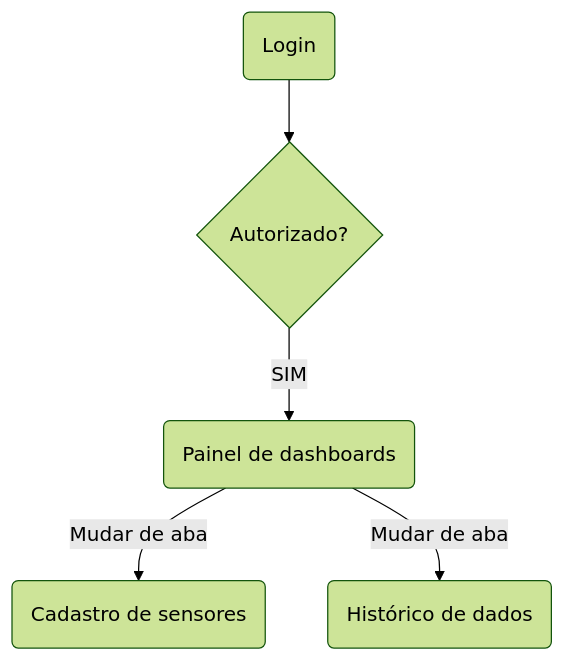
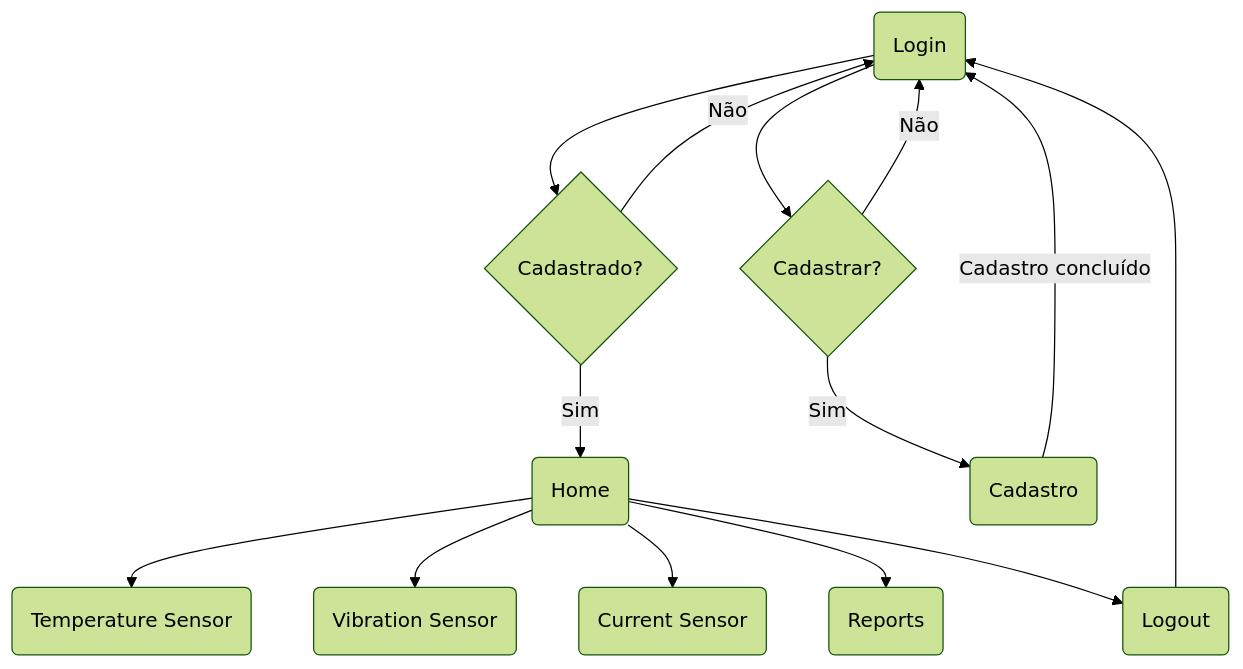
One commit to KaBum-IOT/IOT_Pump_Monitoring changed the first of 2 diagrams in PRD - Projeto Integrador.md. Above: the diagram before and after it, drawn with Mermaid (forest theme). The commit also changed other lines of this file, not shown here.

````diff
--- a/PRD - Projeto Integrador.md
+++ b/PRD - Projeto Integrador.md
@@ -63,7 +63,16 @@
 ```mermaid
     graph TD;
-        A(Login) --> B
-        B{Autorizado?} -->|SIM| C(Painel de dashboards)
-        C -->|Mudar de aba| D(Cadastro de sensores)
-        C -->|Mudar de aba| E(Histórico de dados)   
+
+    A(Login) --> F{Cadastrado?}
+    F --> |Sim| B(Home)
+    F --> |Não| A
+    A --> K{Cadastrar?}
+    K --> |Sim| C(Cadastro)
+    K --> |Não| A
+    C --> |Cadastro concluído| A
+    B --> D(Temperature Sensor)
+    B --> E(Vibration Sensor)
+    B --> G(Current Sensor)
+    B --> J(Reports)
+    B --> H(Logout) --> A   
 ```
````
